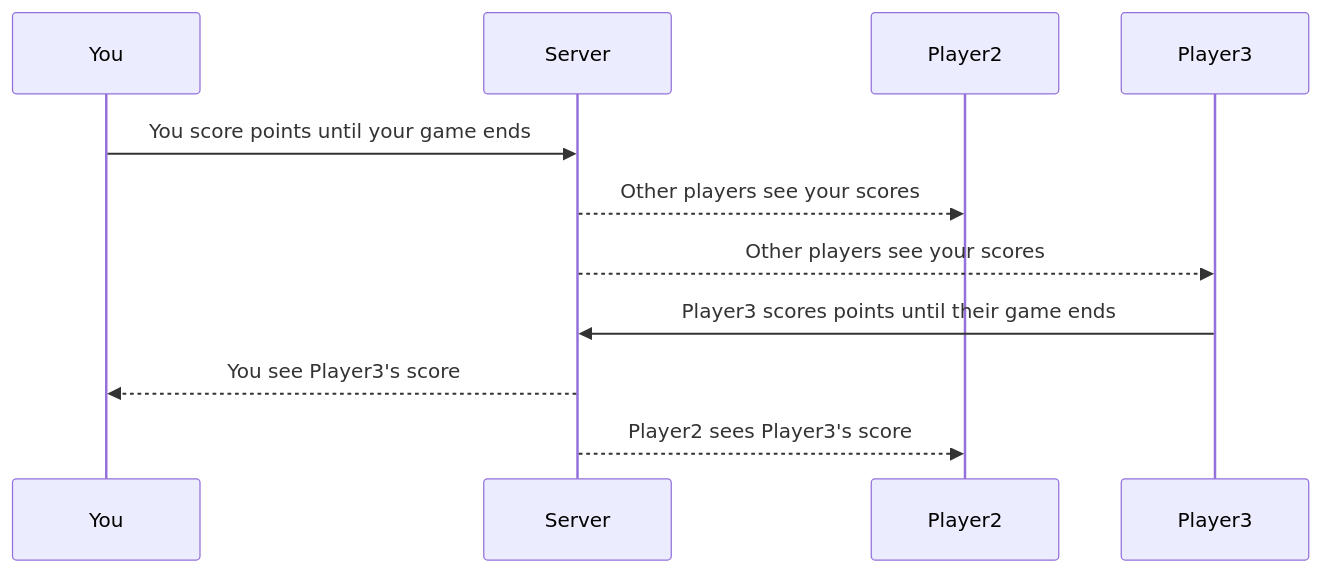
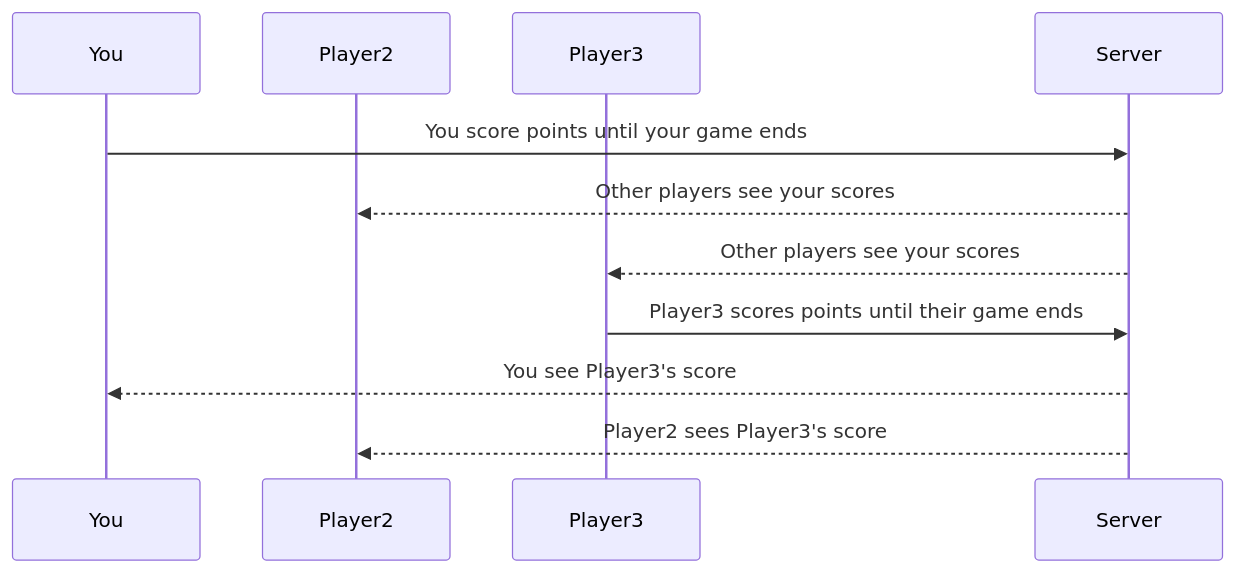
The diagram in README.md (elsbels64/startup), drawn with Mermaid before and after one commit. The commit also changed other lines of this file, not shown here.

Commit message:
added sequence diagram

````diff
--- a/README.md
+++ b/README.md
@@ -36,9 +36,14 @@
 ```mermaid
 sequenceDiagram
+    participant You
+    participant Player2
+    participant Player3
+    participant Server
+
     You->>Server: You score points until your game ends
     Server-->>Player2: Other players see your scores
     Server-->>Player3: Other players see your scores
     Player3->>Server: Player3 scores points until their game ends
     Server-->>You: You see Player3's score
     Server-->>Player2: Player2 sees Player3's score
 ```
````
